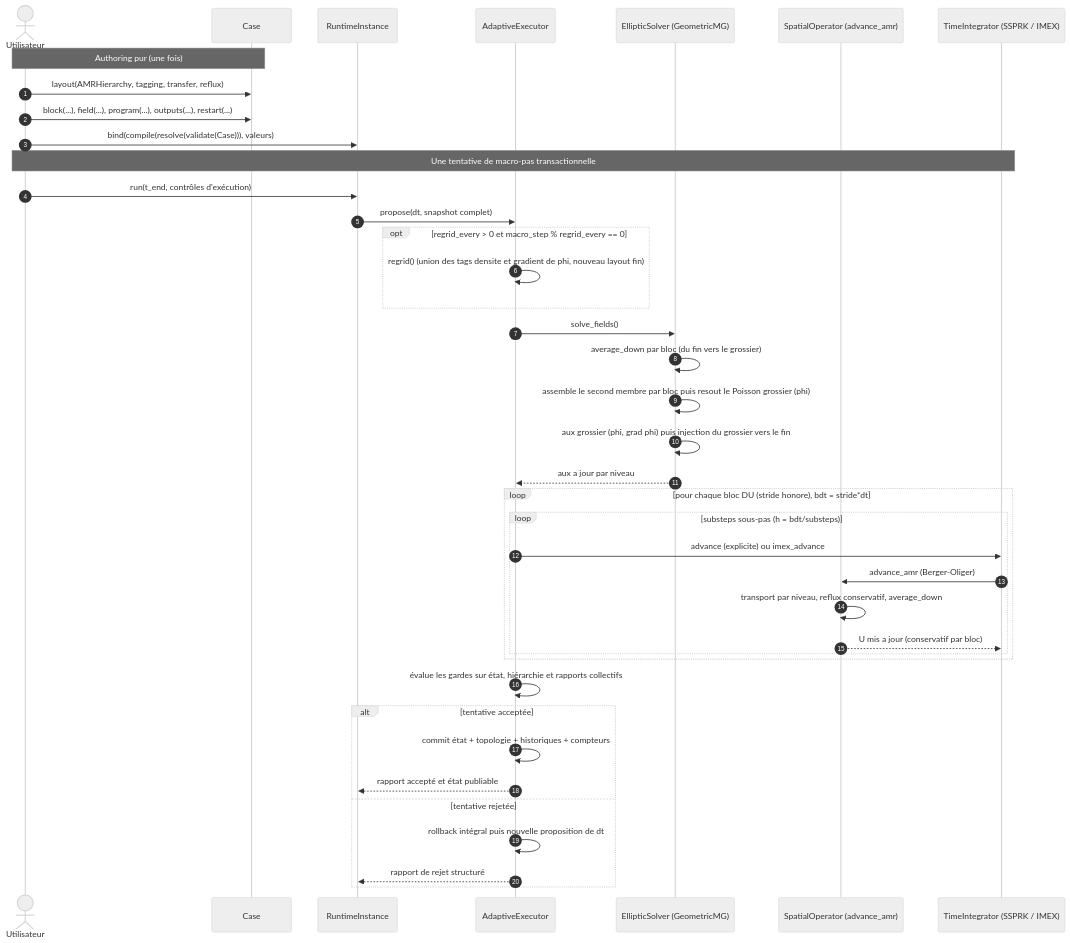
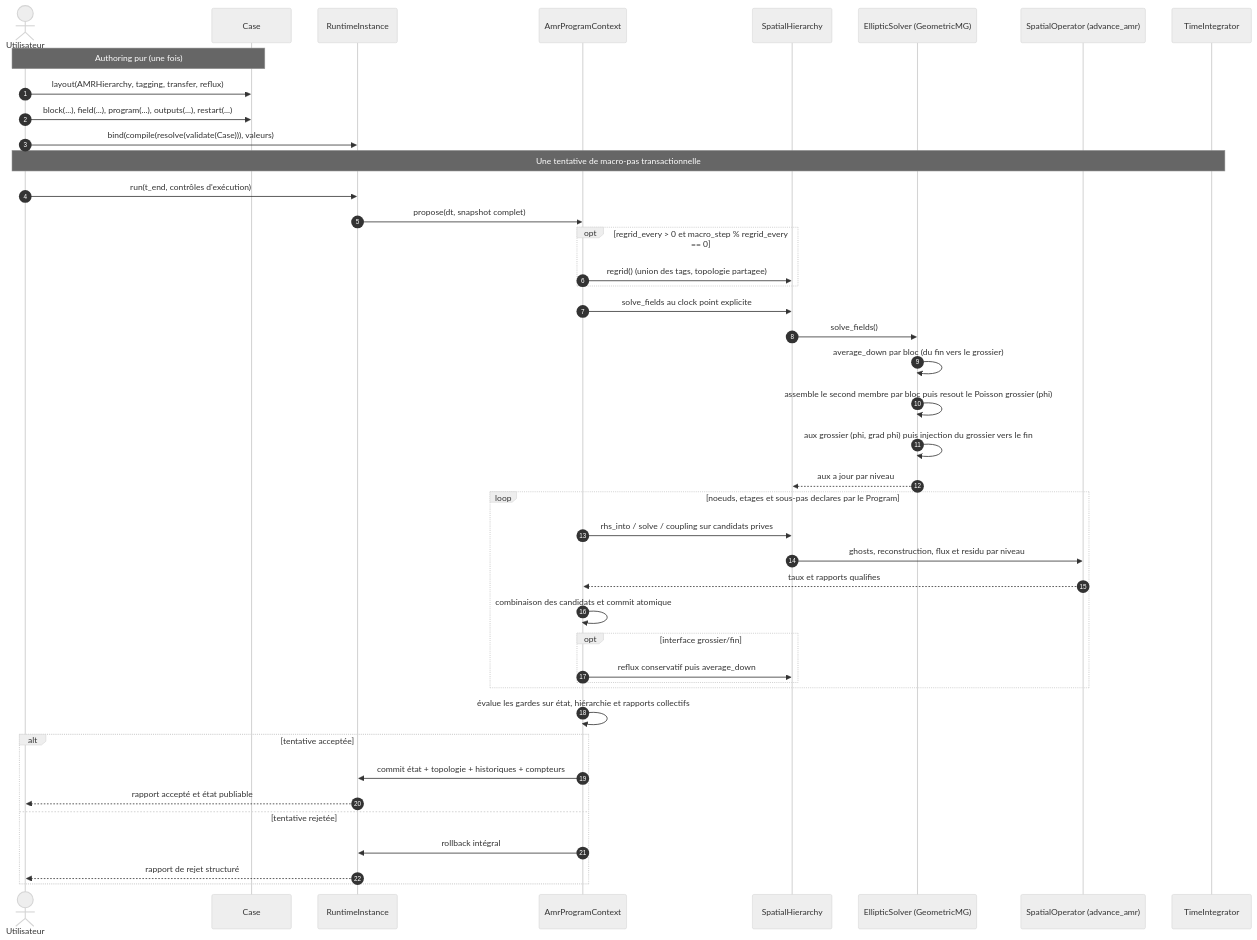
One commit to wolf75222/PoPS changed the fourth of 4 diagrams in docs/ARCHITECTURE.md. Above: the diagram before and after it, drawn with Mermaid (neutral theme). The commit also changed other lines of this file and 5 other files, not shown here.

Commit message:
Document Program-only AMR time authority

````diff
--- a/docs/ARCHITECTURE.md
+++ b/docs/ARCHITECTURE.md
@@ -523,47 +522,49 @@
 ```mermaid
 sequenceDiagram
     autonumber
     actor Utilisateur
     participant Case
     participant Runtime as RuntimeInstance
-    participant AmrRuntime as AdaptiveExecutor
+    participant Program as AmrProgramContext
+    participant AmrRuntime as SpatialHierarchy
     participant EllipticSolver as EllipticSolver (GeometricMG)
     participant SpatialOperator as SpatialOperator (advance_amr)
-    participant TimeIntegrator as TimeIntegrator (SSPRK / IMEX)
 
     Note over Utilisateur,Case: Authoring pur (une fois)
     Utilisateur->>Case: layout(AMRHierarchy, tagging, transfer, reflux)
     Utilisateur->>Case: block(...), field(...), program(...), outputs(...), restart(...)
     Utilisateur->>Runtime: bind(compile(resolve(validate(Case))), valeurs)
 
     Note over Utilisateur,TimeIntegrator: Une tentative de macro-pas transactionnelle
     Utilisateur->>Runtime: run(t_end, contrôles d'exécution)
-    Runtime->>AmrRuntime: propose(dt, snapshot complet)
+    Runtime->>Program: propose(dt, snapshot complet)
 
     opt regrid_every > 0 et macro_step % regrid_every == 0
-        AmrRuntime->>AmrRuntime: regrid() (union des tags densite et gradient de phi, nouveau layout fin)
+        Program->>AmrRuntime: regrid() (union des tags, topologie partagee)
     end
 
+    Program->>AmrRuntime: solve_fields au clock point explicite
     AmrRuntime->>EllipticSolver: solve_fields()
     EllipticSolver->>EllipticSolver: average_down par bloc (du fin vers le grossier)
     EllipticSolver->>EllipticSolver: assemble le second membre par bloc puis resout le Poisson grossier (phi)
     EllipticSolver->>EllipticSolver: aux grossier (phi, grad phi) puis injection du grossier vers le fin
     EllipticSolver-->>AmrRuntime: aux a jour par niveau
 
-    loop pour chaque bloc DU (stride honore), bdt = stride*dt
-        loop substeps sous-pas (h = bdt/substeps)
-            AmrRuntime->>TimeIntegrator: advance (explicite) ou imex_advance
-            TimeIntegrator->>SpatialOperator: advance_amr (Berger-Oliger)
-            SpatialOperator->>SpatialOperator: transport par niveau, reflux conservatif, average_down
-            SpatialOperator-->>TimeIntegrator: U mis a jour (conservatif par bloc)
+    loop noeuds, etages et sous-pas declares par le Program
+        Program->>AmrRuntime: rhs_into / solve / coupling sur candidats prives
+        AmrRuntime->>SpatialOperator: ghosts, reconstruction, flux et residu par niveau
+        SpatialOperator-->>Program: taux et rapports qualifies
+        Program->>Program: combinaison des candidats et commit atomique
+        opt interface grossier/fin
+            Program->>AmrRuntime: reflux conservatif puis average_down
         end
     end
-    AmrRuntime->>AmrRuntime: évalue les gardes sur état, hiérarchie et rapports collectifs
+    Program->>Program: évalue les gardes sur état, hiérarchie et rapports collectifs
     alt tentative acceptée
-        AmrRuntime->>AmrRuntime: commit état + topologie + historiques + compteurs
-        AmrRuntime-->>Runtime: rapport accepté et état publiable
+        Program->>Runtime: commit état + topologie + historiques + compteurs
+        Runtime-->>Utilisateur: rapport accepté et état publiable
     else tentative rejetée
-        AmrRuntime->>AmrRuntime: rollback intégral puis nouvelle proposition de dt
-        AmrRuntime-->>Runtime: rapport de rejet structuré
+        Program->>Runtime: rollback intégral
+        Runtime-->>Utilisateur: rapport de rejet structuré
     end
 ```
````
